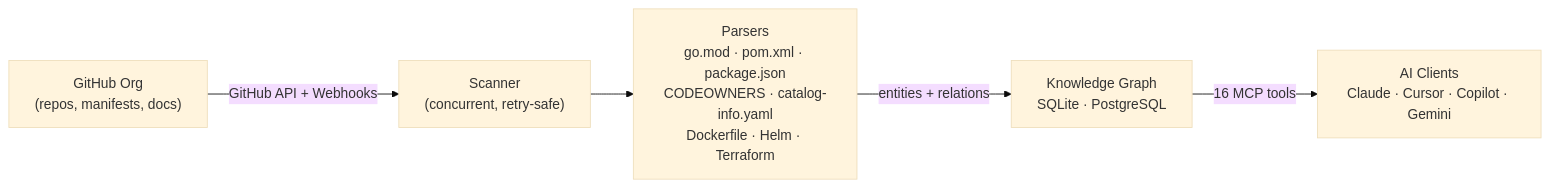
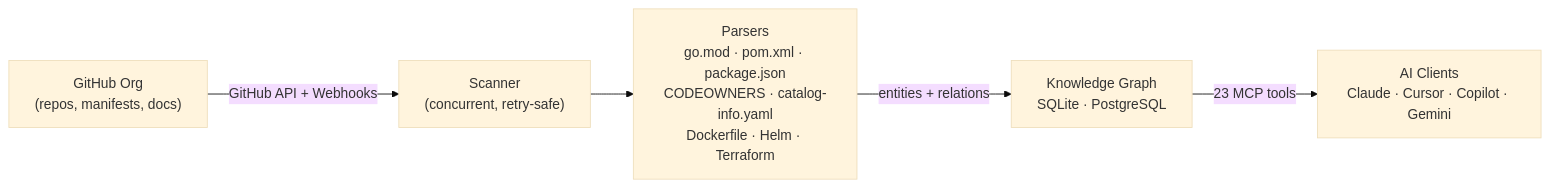
The diagram in docs/index.md (doc-scout/mcp-server), drawn with Mermaid (base theme) before and after one commit. The commit also changed other lines of this file and 3 other files, not shown here.

````diff
--- a/docs/index.md
+++ b/docs/index.md
@@ -38,13 +38,13 @@
 ```mermaid
 graph LR
     GH["GitHub Org\n(repos, manifests, docs)"]
     S["Scanner\n(concurrent, retry-safe)"]
     P["Parsers\ngo.mod · pom.xml · package.json\nCODEOWNERS · catalog-info.yaml\nDockerfile · Helm · Terraform"]
     G["Knowledge Graph\nSQLite · PostgreSQL"]
     AI["AI Clients\nClaude · Cursor · Copilot · Gemini"]
 
     GH -->|"GitHub API + Webhooks"| S
     S --> P
     P -->|"entities + relations"| G
-    G -->|"16 MCP tools"| AI
+    G -->|"23 MCP tools"| AI
 ```
````
